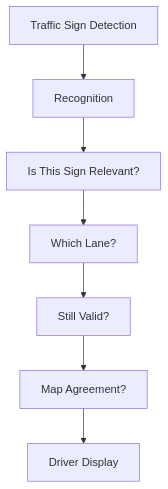
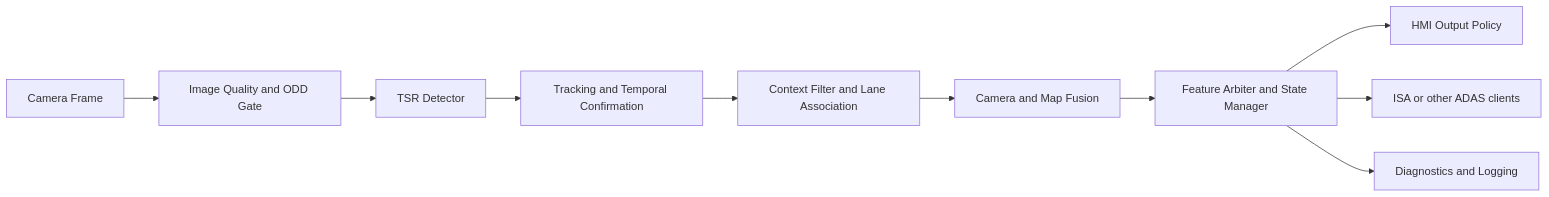
Diagram 20 of 31 in research/slide.md (LeNguyenHaiDuong/adas-tsr), drawn with Mermaid before and after one commit. The commit also changed other lines of this file and 5 other files, not shown here.

````diff
--- a/research/slide.md
+++ b/research/slide.md
@@ -1212,17 +1153,14 @@
 ```mermaid
-flowchart TD
+flowchart LR
+FrameCamera[Camera Frame]
+--> QualityGate[Image Quality and ODD Gate]
+--> Detector[TSR Detector]
+--> Tracker[Tracking and Temporal Confirmation]
+--> Context[Context Filter and Lane Association]
+--> Fusion[Camera and Map Fusion]
+--> State[Feature Arbiter and State Manager]
+--> HMI[HMI Output Policy]
 
-A[Traffic Sign Detection]
-
---> B[Recognition]
-
---> C[Is This Sign Relevant?]
-
---> D[Which Lane?]
-
---> E[Still Valid?]
-
---> F[Map Agreement?]
-
---> G[Driver Display]
+State --> ISA[ISA or other ADAS clients]
+State --> Diag[Diagnostics and Logging]
 ```
````
